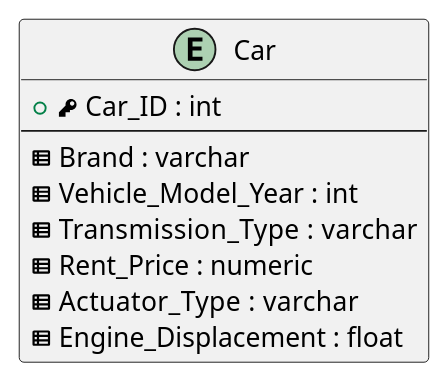
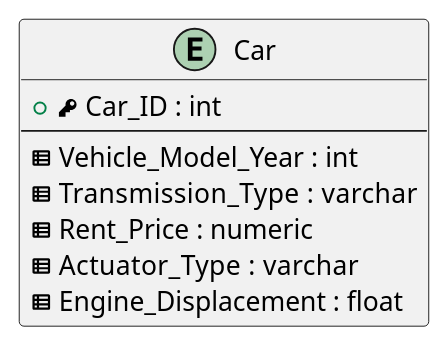
Before and after one commit to DmitryVasilkovW/ITMO-Database-design-labs-4-sem: the diagram in Labs/Lab1/Tables/Entities/Car.puml, drawn with PlantUML. The commit also changed 7 other files, not shown here.

```diff
--- a/Labs/Lab1/Tables/Entities/Car.puml
+++ b/Labs/Lab1/Tables/Entities/Car.puml
@@ -1,13 +1,12 @@
 @startuml
 entity "Car" as car
 {
   +<&key> Car_ID : int
   --
-  <&spreadsheet> Brand : varchar
   <&spreadsheet> Vehicle_Model_Year : int
   <&spreadsheet> Transmission_Type  : varchar
   <&spreadsheet> Rent_Price : numeric
   <&spreadsheet> Actuator_Type  : varchar
   <&spreadsheet> Engine_Displacement : float
 }
 @enduml
```
